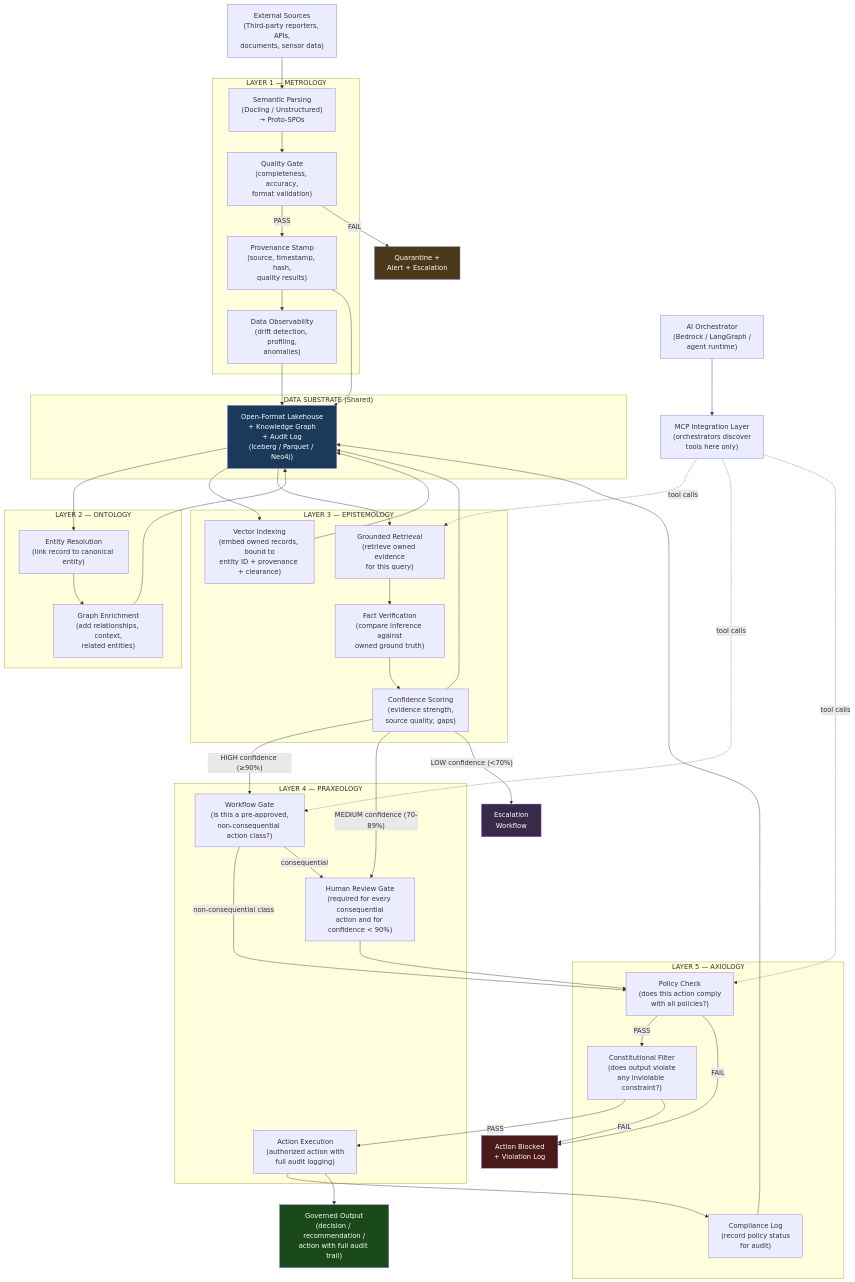
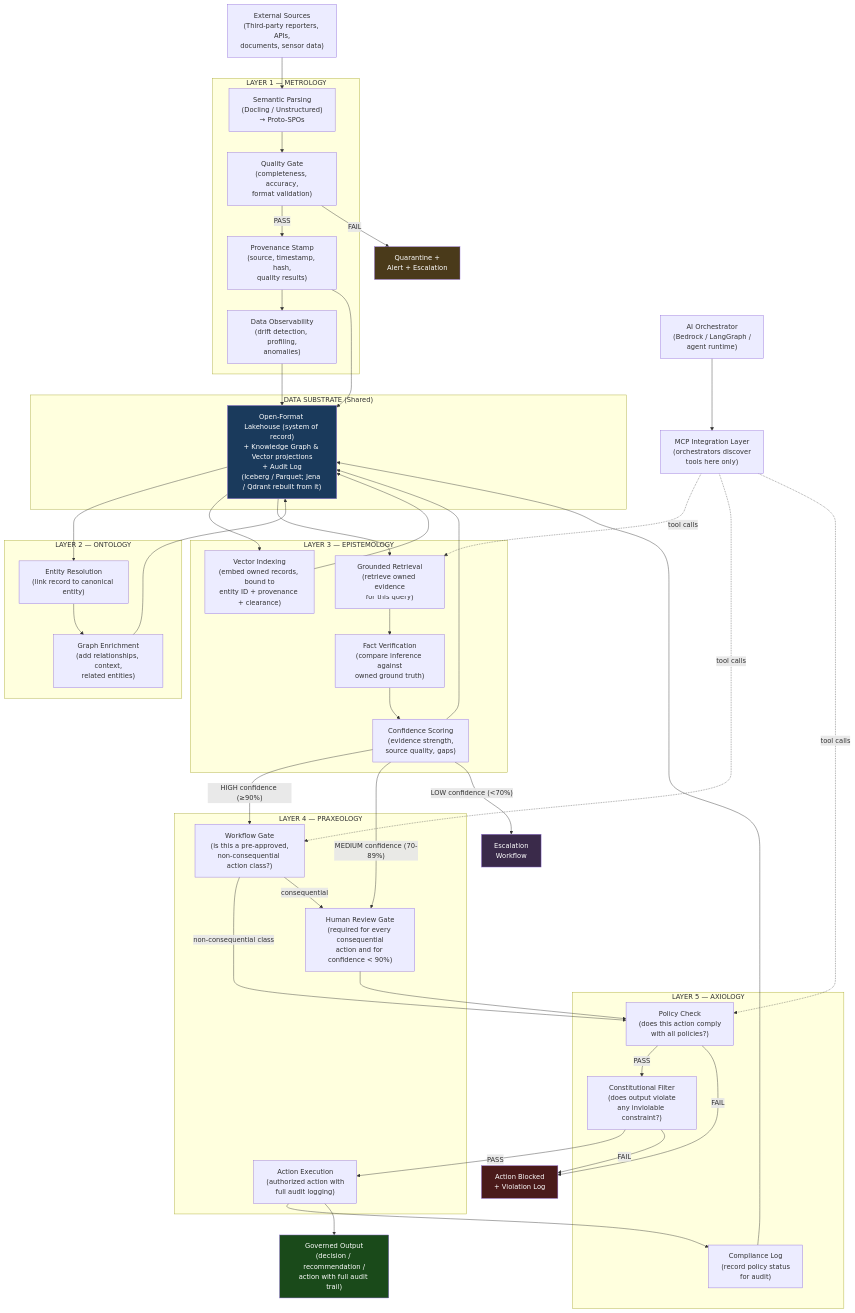
One commit to PhilipAsiala/moepa-cognitive-architecture changed the diagram in diagrams/information-flow.md. Above: the diagram before and after it, drawn with Mermaid. The commit also changed other lines of this file and 3 other files, not shown here.

First line of the commit message:
Primer and diagrams: one system of record, gateway boundary, Jena over Neptune

```diff
--- a/diagrams/information-flow.md
+++ b/diagrams/information-flow.md
@@ -20,7 +20,7 @@
     MCP["MCP Integration Layer\n(orchestrators discover\ntools here only)"]
 
     subgraph SUB["DATA SUBSTRATE (Shared)"]
-        DS["Open-Format Lakehouse\n+ Knowledge Graph\n+ Audit Log\n(Iceberg / Parquet / Neo4j)"]
+        DS["Open-Format Lakehouse (system of record)\n+ Knowledge Graph & Vector projections\n+ Audit Log\n(Iceberg / Parquet; Jena / Qdrant rebuilt from it)"]
     end
 
     subgraph O["LAYER 2 — ONTOLOGY"]
```
